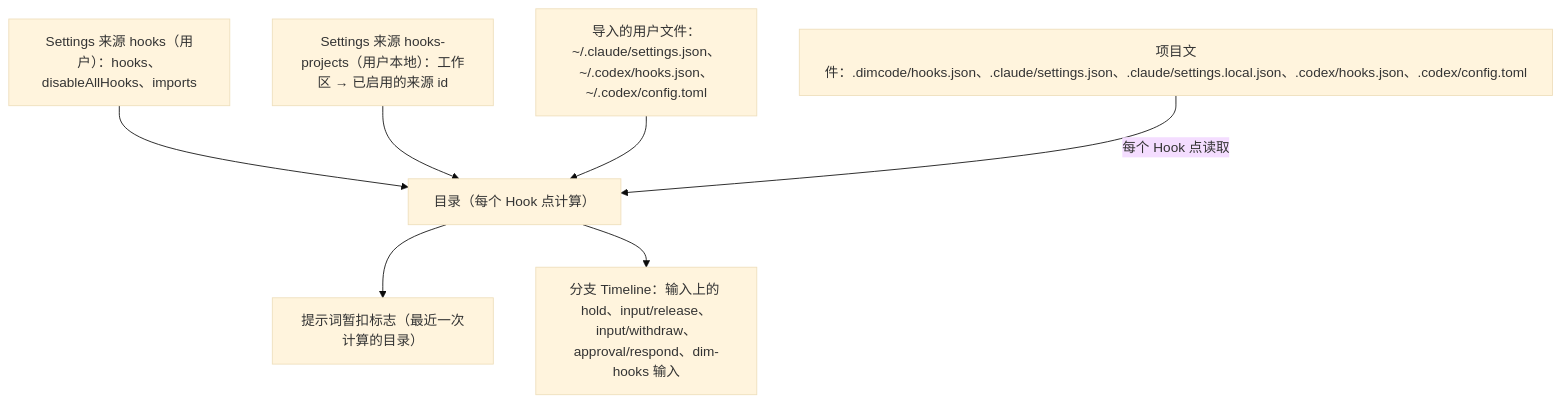
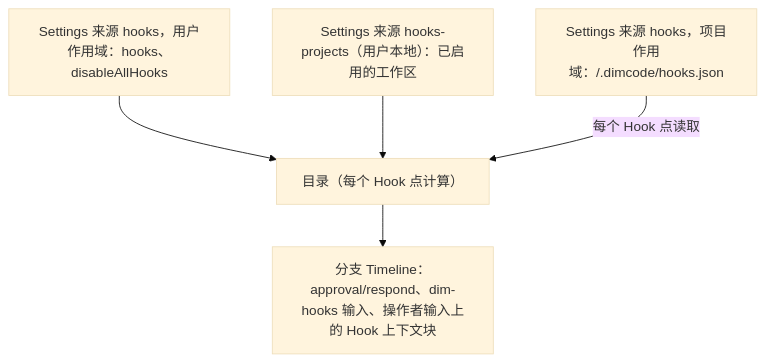
The second of 6 diagrams in docs/zh/design/plugins/Hooks.md (CoutinhoTTS/dim-agent), drawn with Mermaid (base theme) before and after one commit. The commit also changed other lines of this file and 3 other files, not shown here.

````diff
--- a/docs/zh/design/plugins/Hooks.md
+++ b/docs/zh/design/plugins/Hooks.md
@@ -88,16 +87,12 @@
 ```mermaid
 flowchart TB
-  User["Settings 来源 hooks（用户）：hooks、disableAllHooks、imports"]
-  Enable["Settings 来源 hooks-projects（用户本地）：工作区 → 已启用的来源 id"]
-  Compat["导入的用户文件：~/.claude/settings.json、~/.codex/hooks.json、~/.codex/config.toml"]
-  Proj["项目文件：.dimcode/hooks.json、.claude/settings.json、.claude/settings.local.json、.codex/hooks.json、.codex/config.toml"]
+  User["Settings 来源 hooks，用户作用域：hooks、disableAllHooks"]
+  Proj["Settings 来源 hooks，项目作用域：<workspace>/.dimcode/hooks.json"]
+  Enable["Settings 来源 hooks-projects（用户本地）：已启用的工作区"]
   Cat["目录（每个 Hook 点计算）"]
-  Snap["提示词暂扣标志（最近一次计算的目录）"]
-  TL["分支 Timeline：输入上的 hold、input/release、input/withdraw、approval/respond、dim-hooks 输入"]
+  TL["分支 Timeline：approval/respond、dim-hooks 输入、操作者输入上的 Hook 上下文块"]
   User --> Cat
   Enable --> Cat
-  Compat --> Cat
   Proj -->|"每个 Hook 点读取"| Cat
-  Cat --> Snap
   Cat --> TL
 ```
````
